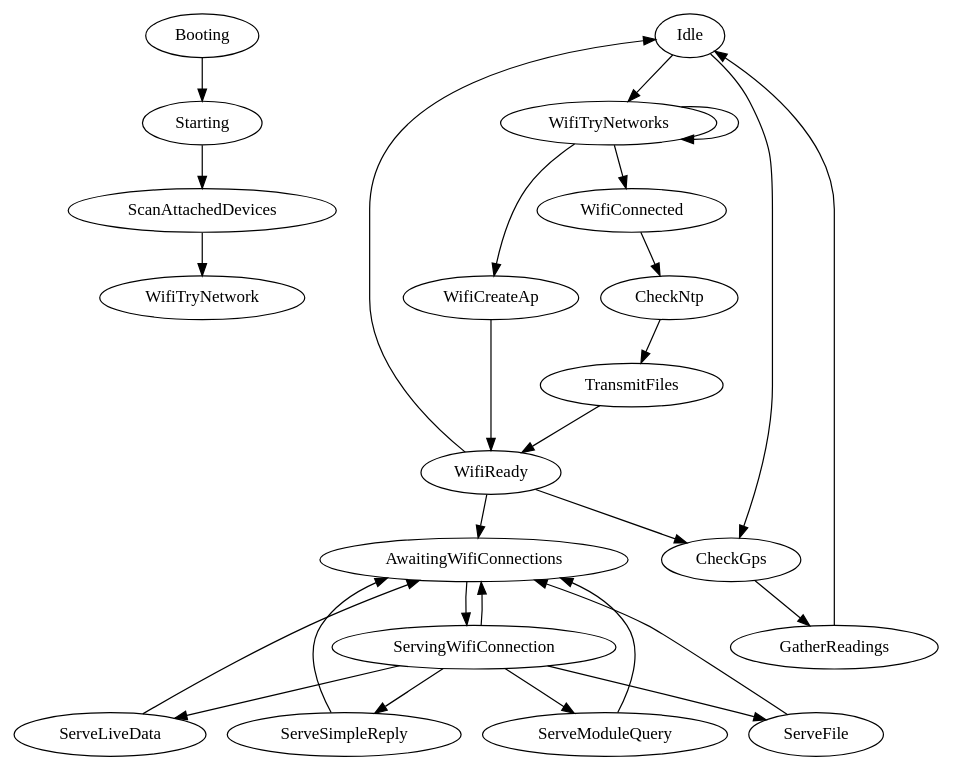
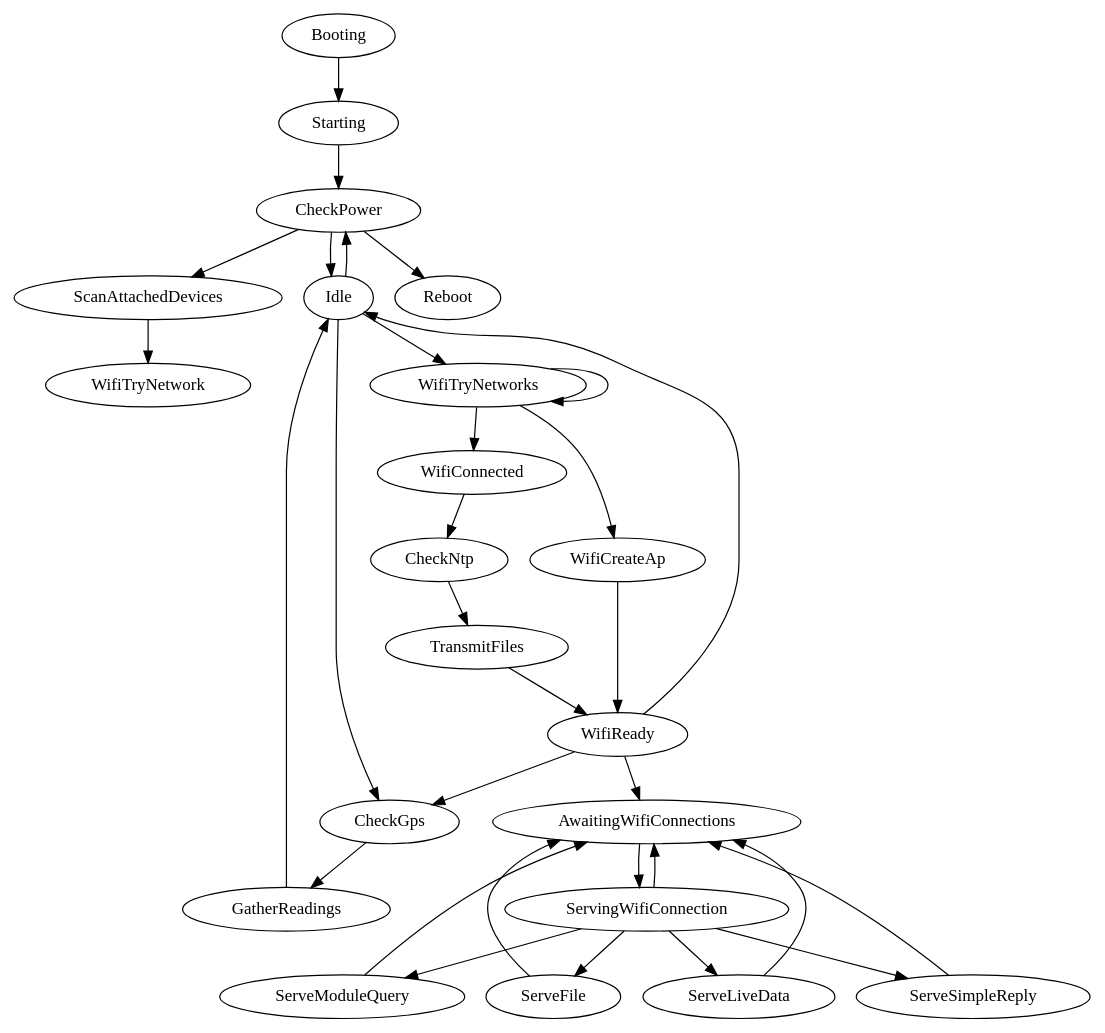
One commit to fieldkit/firmware-common changed the diagram in doc/device.dot. Above: the diagram before and after it, drawn with Graphviz. The commit also changed 9 other files, not shown here.

```diff
--- a/doc/device.dot
+++ b/doc/device.dot
@@ -1,29 +1,33 @@
 digraph fk {
-  Booting -> Starting -> ScanAttachedDevices;
+  Booting -> Starting -> CheckPower -> ScanAttachedDevices;
+
+  CheckPower -> Idle
+  CheckPower -> Reboot
 
   ScanAttachedDevices -> WifiTryNetwork;
 
   Idle -> WifiTryNetworks;
   WifiTryNetworks -> WifiConnected;
   WifiTryNetworks -> WifiTryNetworks;
   WifiTryNetworks -> WifiCreateAp;
   WifiCreateAp -> WifiReady;
 
   WifiConnected -> CheckNtp -> TransmitFiles -> WifiReady;
 
   WifiReady -> Idle;
 
   WifiReady -> AwaitingWifiConnections;
   AwaitingWifiConnections -> ServingWifiConnection;
   ServingWifiConnection -> AwaitingWifiConnections;
 
   ServingWifiConnection -> ServeSimpleReply -> AwaitingWifiConnections;
   ServingWifiConnection -> ServeModuleQuery -> AwaitingWifiConnections;
   ServingWifiConnection -> ServeFile -> AwaitingWifiConnections;
   ServingWifiConnection -> ServeLiveData -> AwaitingWifiConnections;
 
   WifiReady -> CheckGps;
   Idle -> CheckGps;
+  Idle -> CheckPower
 
   CheckGps -> GatherReadings -> Idle;
 }
```
